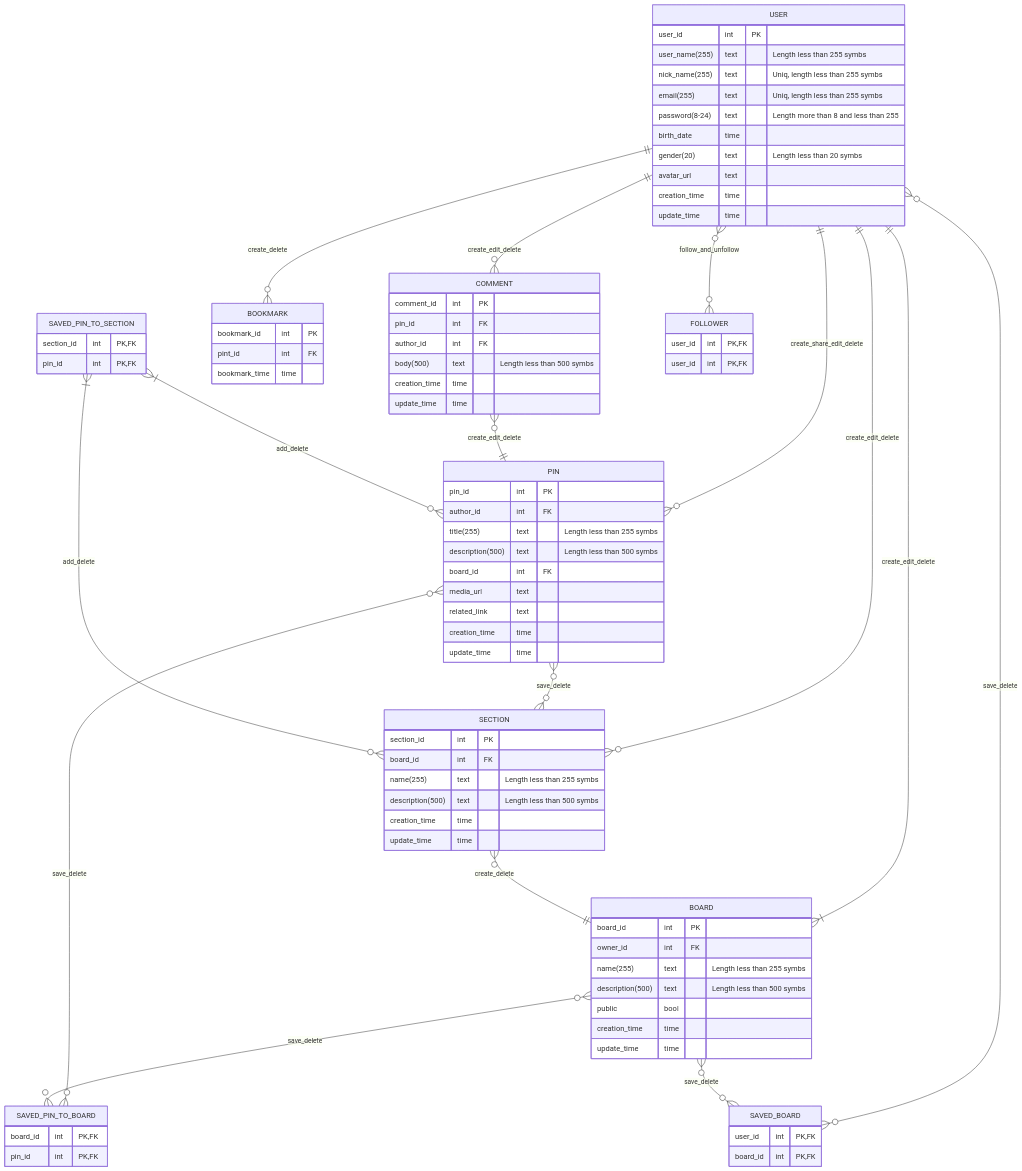
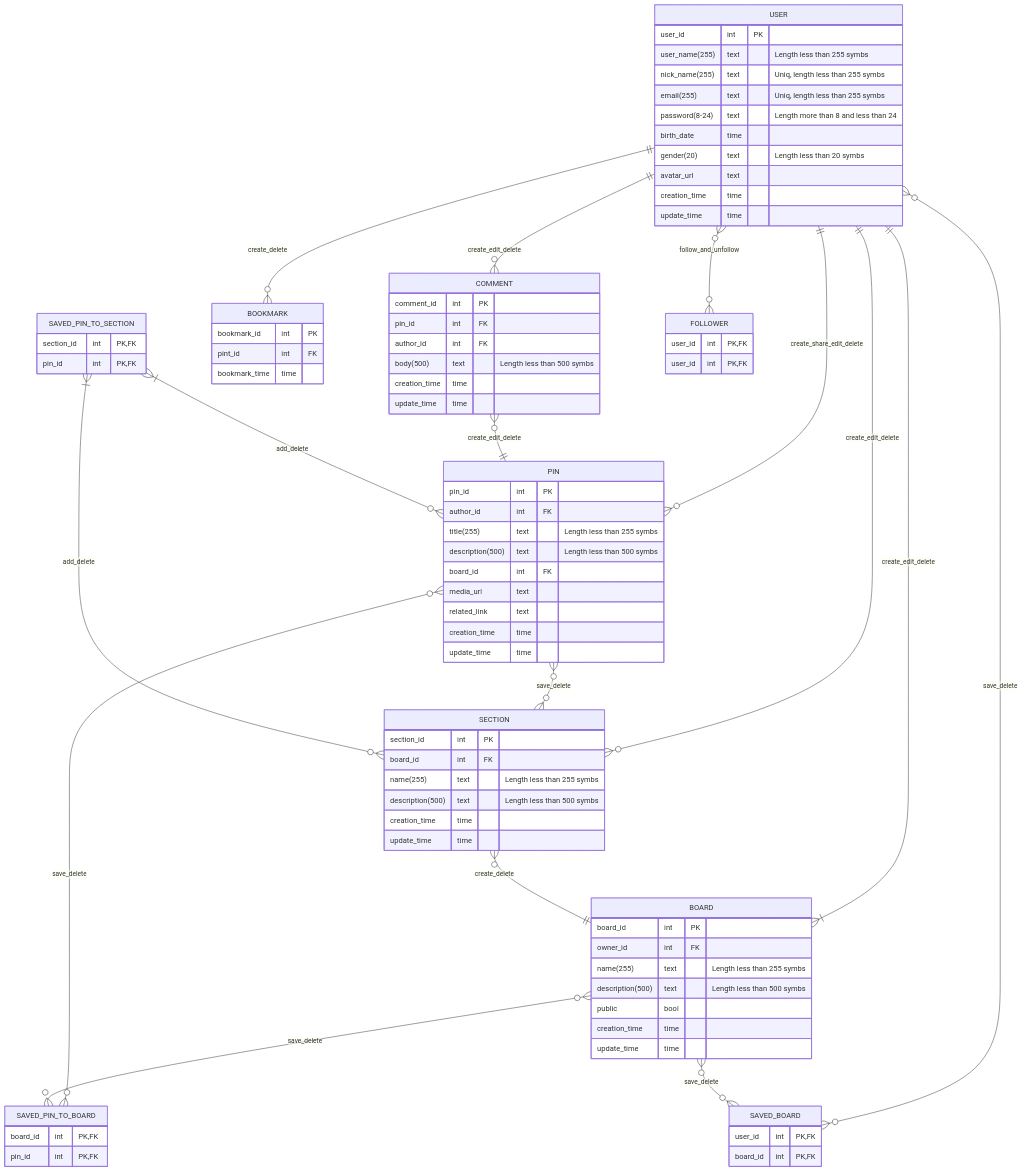
Before and after one commit to go-park-mail-ru/2024_2_42: the diagram in db/normilized/ERdiagram.md, drawn with Mermaid. The commit also changed 1 other file, not shown here.

Commit message:
Вынес sql-таблицы в отедльный файл

```diff
--- a/db/normilized/ERdiagram.md
+++ b/db/normilized/ERdiagram.md
@@ -22,7 +22,7 @@
         user_name(255) text "Length less than 255 symbs"
         nick_name(255) text "Uniq, length less than 255 symbs"
         email(255) text "Uniq, length less than 255 symbs"
-        password(8-24) text "Length more than 8 and less than 255"
+        password(8-24) text "Length more than 8 and less than 24"
         birth_date time
         gender(20) text "Length less than 20 symbs"
         avatar_url text
```
